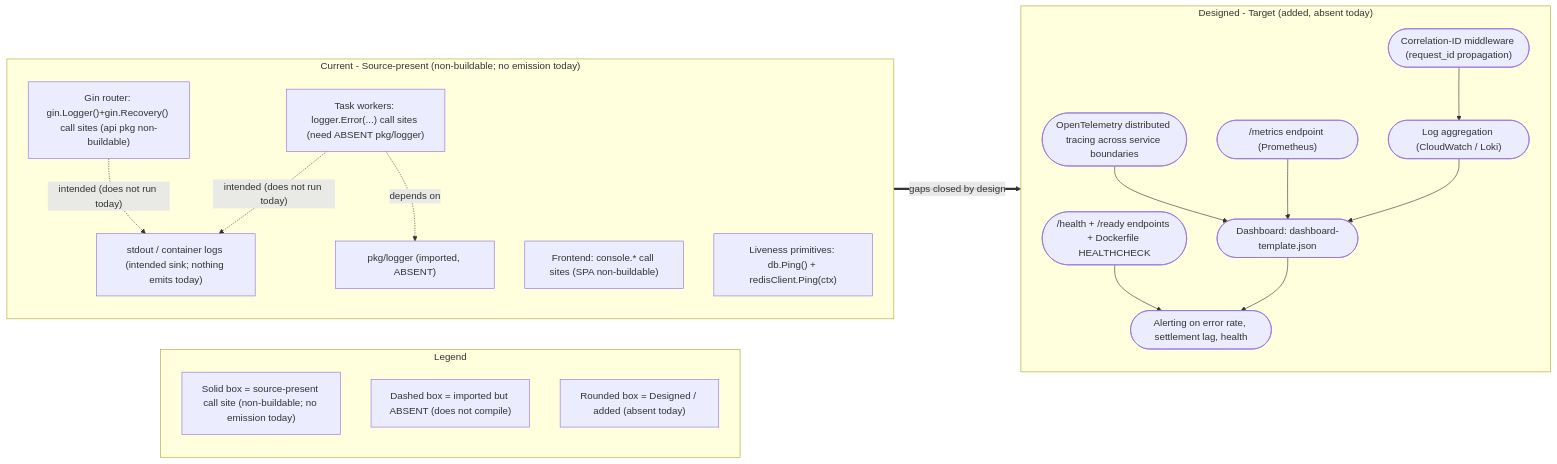
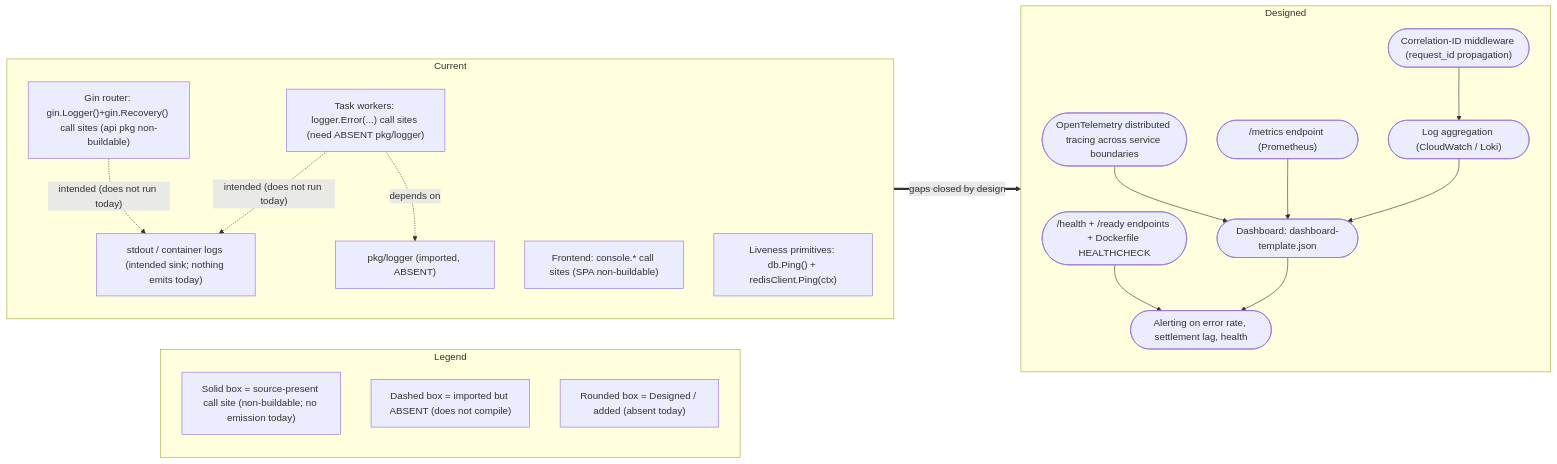
Before and after one commit to blitzy-public-samples/blockchain-integration-6edhrq: the diagram in docs/operations/observability.md, drawn with Mermaid. The commit also changed other lines of this file and 25 other files, not shown here.

````diff
--- a/docs/operations/observability.md
+++ b/docs/operations/observability.md
@@ -13,40 +13,49 @@
 ```mermaid
 flowchart LR
+    %% Cluster-caption budget: Mermaid wraps a subgraph caption on its own internal
+    %% ~200px band (the inner div carries max-width:200px) which flowchart.wrappingWidth
+    %% does NOT widen, and it reserves only ONE caption line before the first child row.
+    %% Measured in Mermaid 11.4.0: clearance = 13.5 - 24 x (lines - 1) user units, so a
+    %% two-line caption already paints over the first node. Browser-measured on a 20px
+    %% sans ramp as well: a 17-character caption stays on one line, 21 characters wrap.
+    %% Keep every caption to ONE line -- at most ~17 characters and no em dash. The
+    %% detail these captions used to carry is stated in the legend keys and in the
+    %% cited prose around this figure.
     subgraph Legend_O1["Legend"]
         LG1["Solid box = source-present call site (non-buildable; no emission today)"]
         LG2["Dashed box = imported but ABSENT (does not compile)"]
         LG3["Rounded box = Designed / added (absent today)"]
     end
 
-    subgraph Current["Current - Source-present (non-buildable; no emission today)"]
+    subgraph Current["Current"]
         direction TB
         C_API["Gin router: gin.Logger()+gin.Recovery() call sites (api pkg non-buildable)"]
         C_WORK["Task workers: logger.Error(...) call sites (need ABSENT pkg/logger)"]
         C_FE["Frontend: console.* call sites (SPA non-buildable)"]
         C_PING["Liveness primitives: db.Ping() + redisClient.Ping(ctx)"]
         C_LOGGER["pkg/logger (imported, ABSENT)"]
         C_STDOUT["stdout / container logs (intended sink; nothing emits today)"]
         C_API -.->|"intended (does not run today)"| C_STDOUT
         C_WORK -.->|"intended (does not run today)"| C_STDOUT
         C_WORK -.->|"depends on"| C_LOGGER
     end
 
-    subgraph Designed["Designed - Target (added, absent today)"]
+    subgraph Designed["Designed"]
         direction TB
         D_MW(["Correlation-ID middleware (request_id propagation)"])
         D_TRACE(["OpenTelemetry distributed tracing across service boundaries"])
         D_METRICS(["/metrics endpoint (Prometheus)"])
         D_HEALTH(["/health + /ready endpoints + Dockerfile HEALTHCHECK"])
         D_AGG(["Log aggregation (CloudWatch / Loki)"])
         D_ALERT(["Alerting on error rate, settlement lag, health"])
         D_DASH(["Dashboard: dashboard-template.json"])
         D_MW --> D_AGG
         D_TRACE --> D_DASH
         D_METRICS --> D_DASH
         D_HEALTH --> D_ALERT
         D_AGG --> D_DASH
         D_DASH --> D_ALERT
     end
 
     Current ==>|"gaps closed by design"| Designed
 ```
````
